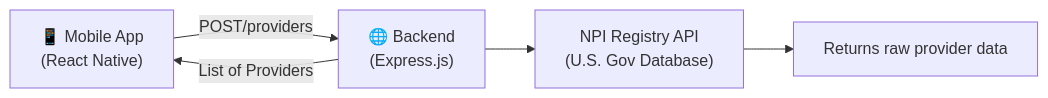
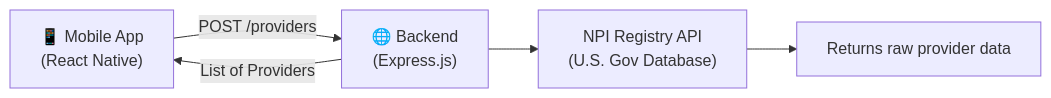
Before and after one commit to pd52694/healthcare-provider-finder: the first of 2 diagrams in README.md, drawn with Mermaid. The commit also changed other lines of this file, not shown here.

````diff
--- a/README.md
+++ b/README.md
@@ -108,10 +109,10 @@
 ```mermaid
 flowchart LR
     A["📱 Mobile App
-            (React Native)"] -->|POST/providers| B["🌐 Backend
+            (React Native)"] -->|POST /providers| B["🌐 Backend
                                                         (Express.js)"]
     B -->|List of Providers| A
     B --> C["NPI Registry API
              (U.S. Gov Database)"]
     C --> D["Returns raw provider data"]
 ```
````
